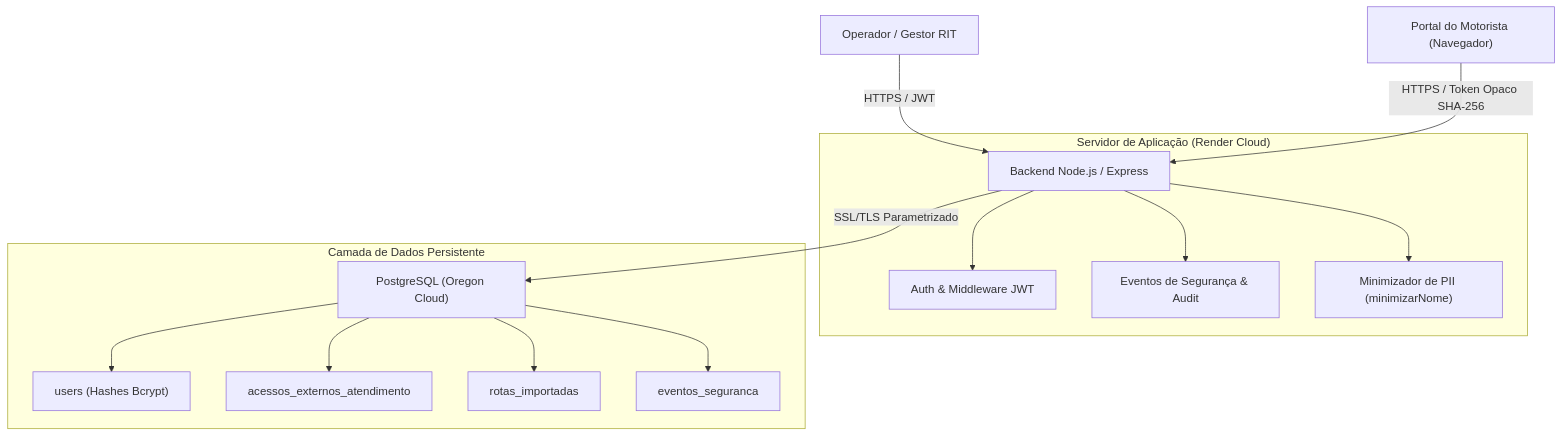
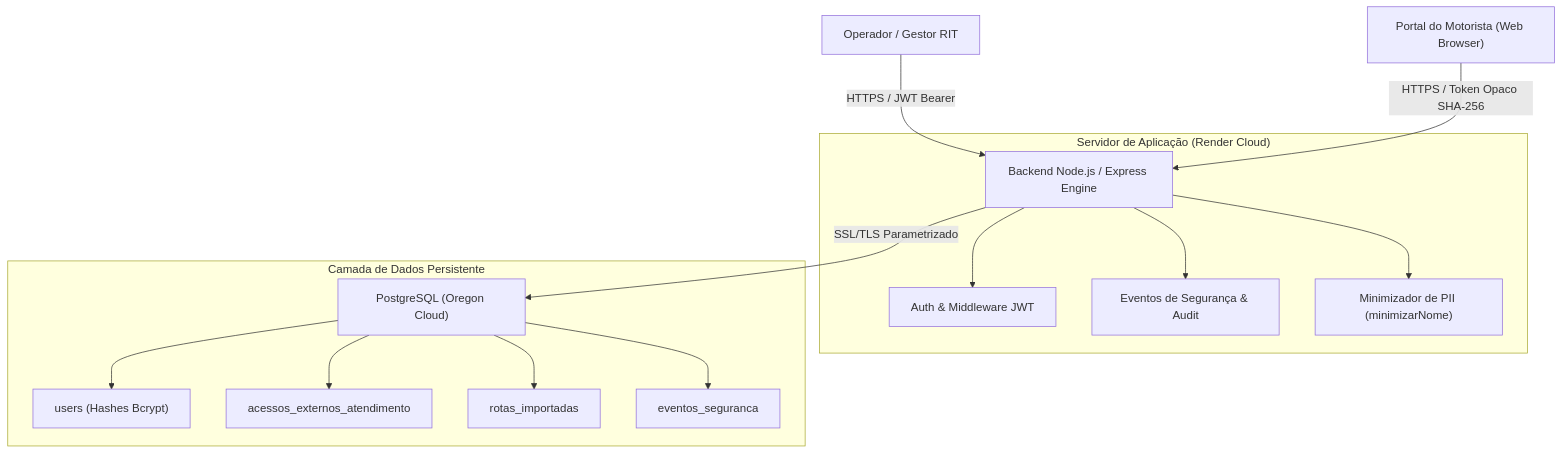
The first of 2 diagrams in segurança/arquitetura_seguranca_rit.md (fabiopaixaoglobo-stack/agente-rig), drawn with Mermaid before and after one commit. The commit also changed other lines of this file and 2 other files, not shown here.

````diff
--- a/segurança/arquitetura_seguranca_rit.md
+++ b/segurança/arquitetura_seguranca_rit.md
@@ -38,19 +57,19 @@
 ```mermaid
 graph TD
-    User["Operador / Gestor RIT"] -->|HTTPS / JWT| Express["Backend Node.js / Express"]
-    Driver["Portal do Motorista (Navegador)"] -->|HTTPS / Token Opaco SHA-256| Express
+    User["Operador / Gestor RIT"] -->|HTTPS / JWT Bearer| Express["Backend Node.js / Express Engine"]
+    Driver["Portal do Motorista (Web Browser)"] -->|HTTPS / Token Opaco SHA-256| Express
     
     subgraph CoreBackend["Servidor de Aplicação (Render Cloud)"]
         Express --> Auth["Auth & Middleware JWT"]
         Express --> SecEvents["Eventos de Segurança & Audit"]
         Express --> Sanitizer["Minimizador de PII (minimizarNome)"]
     end
     
     subgraph DataStore["Camada de Dados Persistente"]
         Express -->|SSL/TLS Parametrizado| Postgres["PostgreSQL (Oregon Cloud)"]
         Postgres --> TblUsers["users (Hashes Bcrypt)"]
         Postgres --> TblAccess["acessos_externos_atendimento"]
         Postgres --> TblRotas["rotas_importadas"]
         Postgres --> TblSec["eventos_seguranca"]
     end
 ```
````
